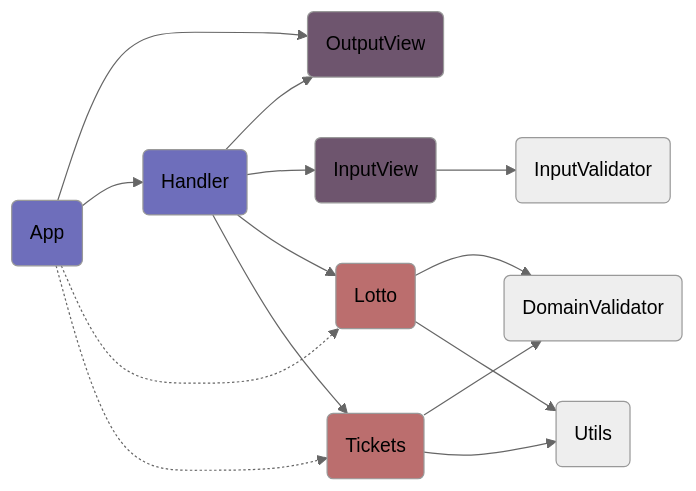
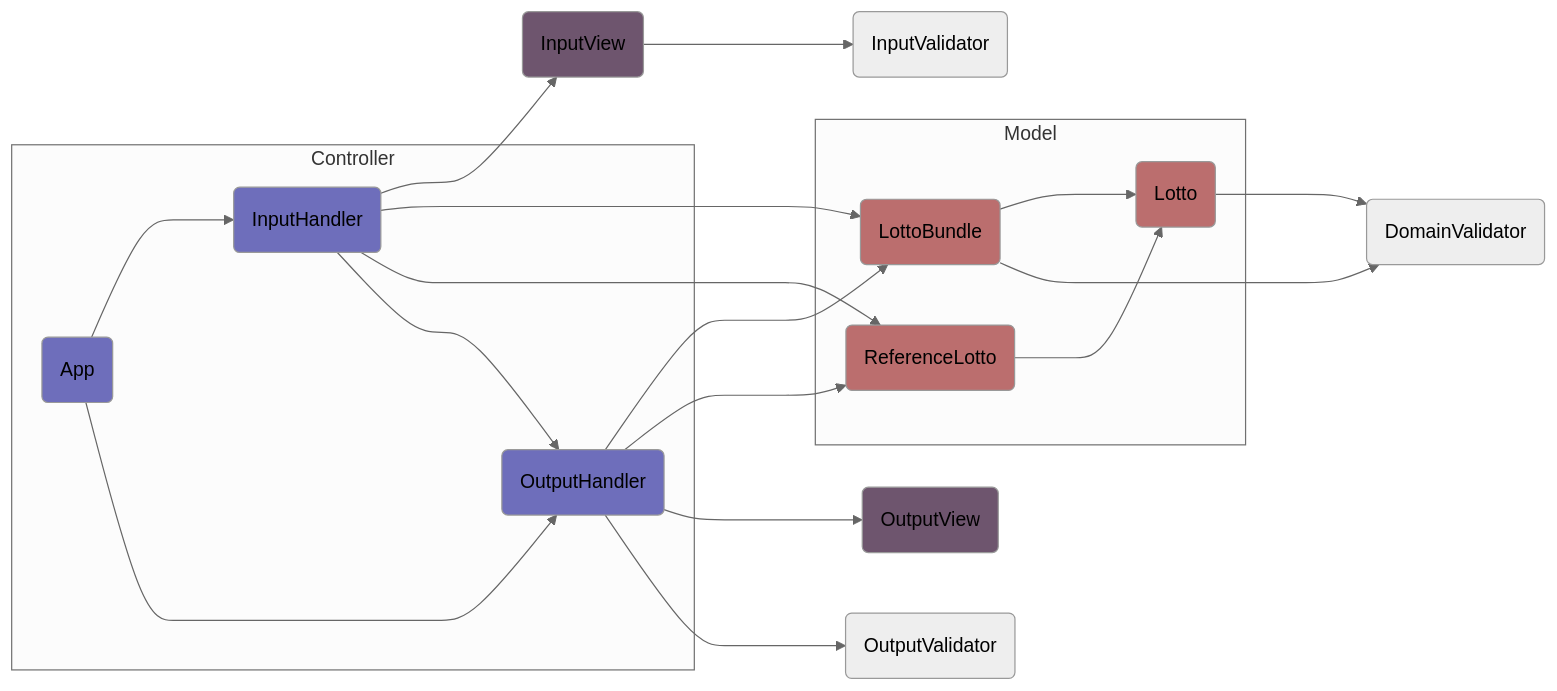
Before and after one commit to woowacourse-precourse/javascript-lotto-6: the diagram in docs/README.md, drawn with Mermaid (neutral theme). The commit also changed other lines of this file, not shown here.

````diff
--- a/docs/README.md
+++ b/docs/README.md
@@ -2,34 +2,46 @@
 ```mermaid
 flowchart LR
 
-App(App)
-Handler(Handler)
+subgraph Model
+    Lotto(Lotto)
+    ReferenceLotto(ReferenceLotto)    
+    LottoBundle(LottoBundle)
+end
+subgraph Controller
+    App(App)
+    InputHandler(InputHandler)
+    OutputHandler(OutputHandler)
+end
 InputView(InputView)
 OutputView(OutputView)
-Lotto(Lotto)
-Tickets(Tickets)
 InputValidator(InputValidator)
 DomainValidator(DomainValidator)
-Utility(Utils)
+OutputValidator(OutputValidator)
 
-App --->  OutputView
-App --> Handler
-App -..-> Lotto
-App -..-> Tickets
-Handler --> OutputView
-Handler --> InputView
-Handler --> Lotto
-Handler --> Tickets
-InputView --> InputValidator
-Tickets --> DomainValidator
-Tickets --> Utility
-Lotto --> DomainValidator
-Lotto --> Utility
+App ---> InputHandler
+App ---> OutputHandler
+InputHandler ---> InputView
+InputHandler ---> LottoBundle
+InputHandler ---> ReferenceLotto
+InputHandler ---> OutputHandler
 
-style Handler fill:#6e6ebb
+OutputHandler ---> LottoBundle
+OutputHandler ---> ReferenceLotto
+OutputHandler ---> OutputView
+OutputHandler ---> OutputValidator
+
+InputView ---> InputValidator
+ReferenceLotto --->Lotto
+LottoBundle ---> Lotto
+LottoBundle ---> DomainValidator
+Lotto ---> DomainValidator
+
 style App fill:#6e6ebb
+style InputHandler fill:#6e6ebb
+style OutputHandler fill:#6e6ebb
 style Lotto fill:#bb6e6e
-style Tickets fill:#bb6e6e
+style ReferenceLotto fill:#bb6e6e
+style LottoBundle fill:#bb6e6e
 style InputView fill:#6e556e
 style OutputView fill:#6e556e
 ```
````
